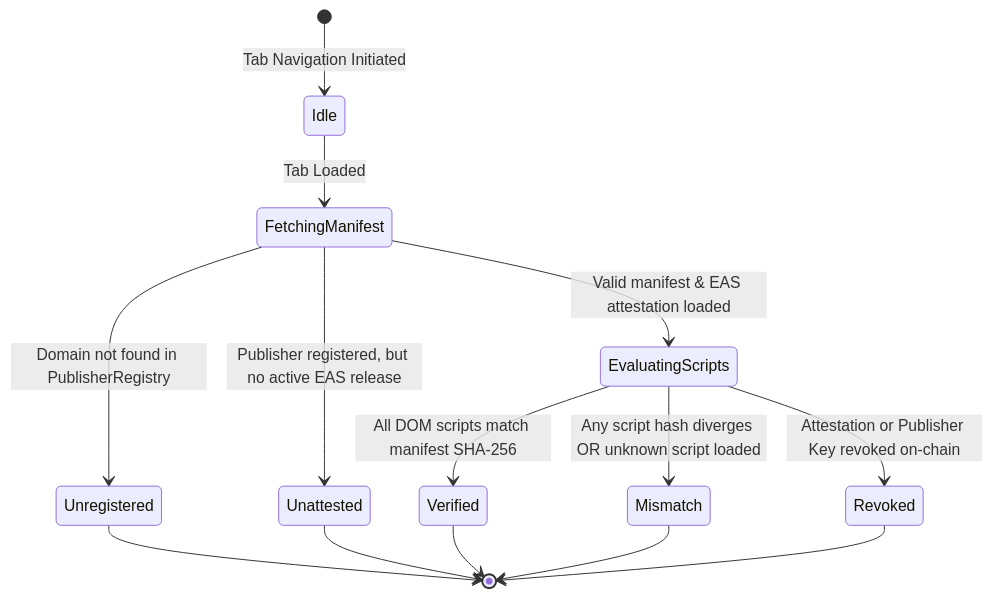
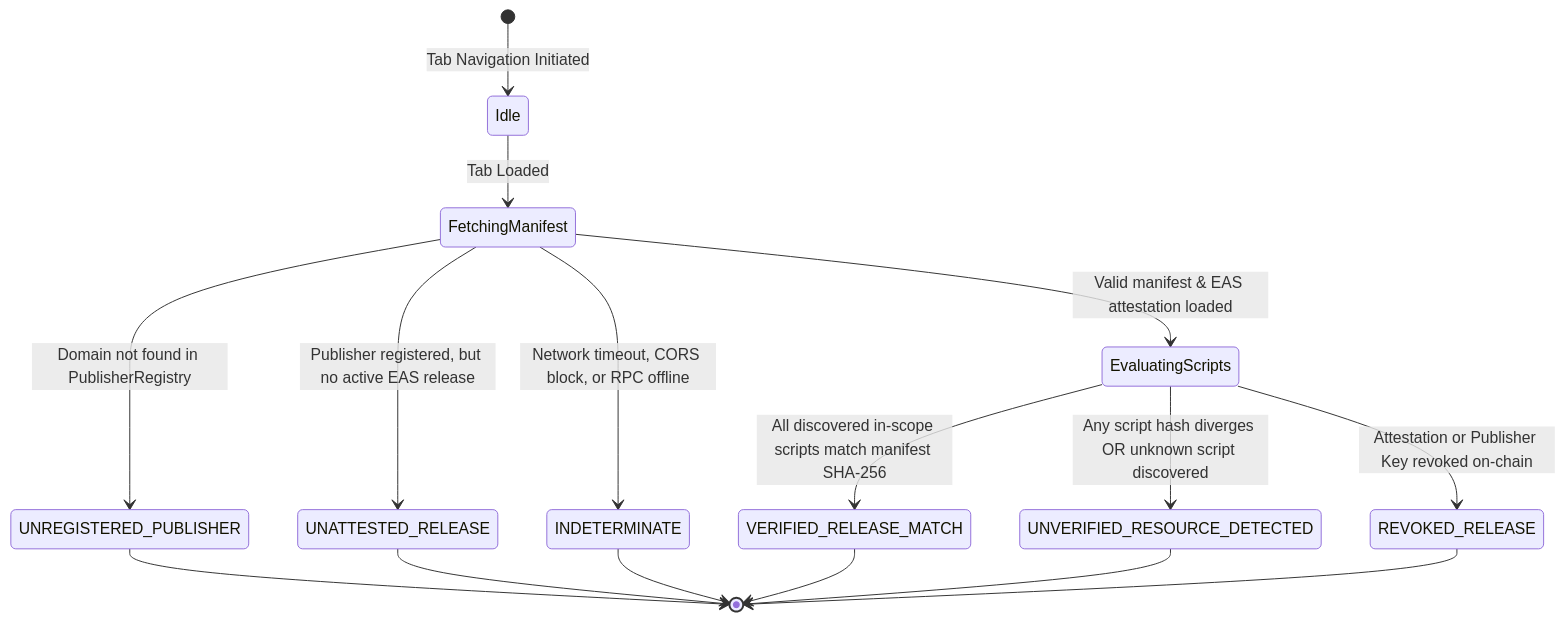
Before and after one commit to MustafaPinjari/LUCENTRA: the diagram in docs/04-protocol/PROTOCOL_SPECIFICATION_V0.1.md, drawn with Mermaid. The commit also changed other lines of this file and 181 other files, not shown here.

````diff
--- a/docs/04-protocol/PROTOCOL_SPECIFICATION_V0.1.md
+++ b/docs/04-protocol/PROTOCOL_SPECIFICATION_V0.1.md
@@ -92,18 +92,20 @@
 ```mermaid
 stateDiagram-v2
     [*] --> Idle : Tab Navigation Initiated
     Idle --> FetchingManifest : Tab Loaded
-    FetchingManifest --> Unregistered : Domain not found in PublisherRegistry
-    FetchingManifest --> Unattested : Publisher registered, but no active EAS release
+    FetchingManifest --> UNREGISTERED_PUBLISHER : Domain not found in PublisherRegistry
+    FetchingManifest --> UNATTESTED_RELEASE : Publisher registered, but no active EAS release
+    FetchingManifest --> INDETERMINATE : Network timeout, CORS block, or RPC offline
     FetchingManifest --> EvaluatingScripts : Valid manifest & EAS attestation loaded
     
-    EvaluatingScripts --> Verified : All DOM scripts match manifest SHA-256
-    EvaluatingScripts --> Mismatch : Any script hash diverges OR unknown script loaded
-    EvaluatingScripts --> Revoked : Attestation or Publisher Key revoked on-chain
+    EvaluatingScripts --> VERIFIED_RELEASE_MATCH : All discovered in-scope scripts match manifest SHA-256
+    EvaluatingScripts --> UNVERIFIED_RESOURCE_DETECTED : Any script hash diverges OR unknown script discovered
+    EvaluatingScripts --> REVOKED_RELEASE : Attestation or Publisher Key revoked on-chain
     
-    Verified --> [*]
-    Mismatch --> [*]
-    Unregistered --> [*]
-    Unattested --> [*]
-    Revoked --> [*]
+    VERIFIED_RELEASE_MATCH --> [*]
+    UNVERIFIED_RESOURCE_DETECTED --> [*]
+    UNREGISTERED_PUBLISHER --> [*]
+    UNATTESTED_RELEASE --> [*]
+    REVOKED_RELEASE --> [*]
+    INDETERMINATE --> [*]
 ```
````
